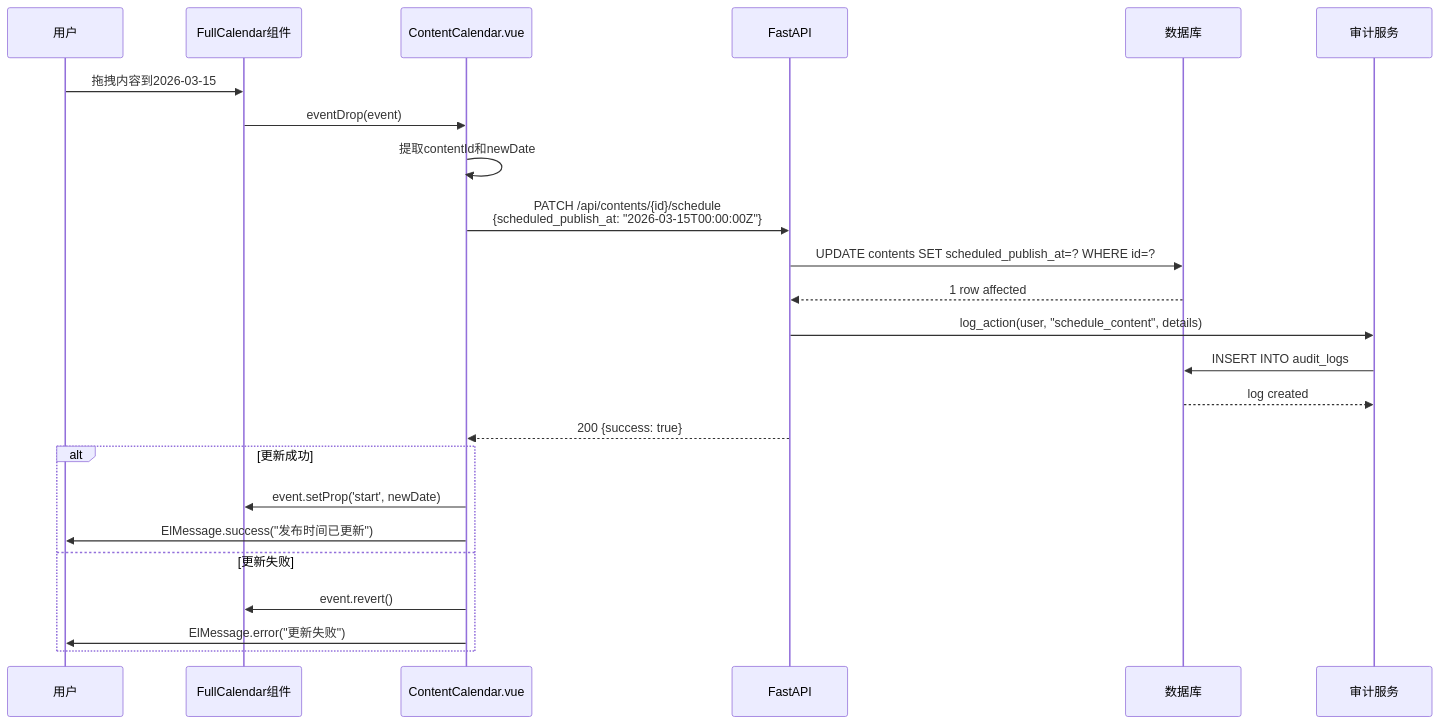
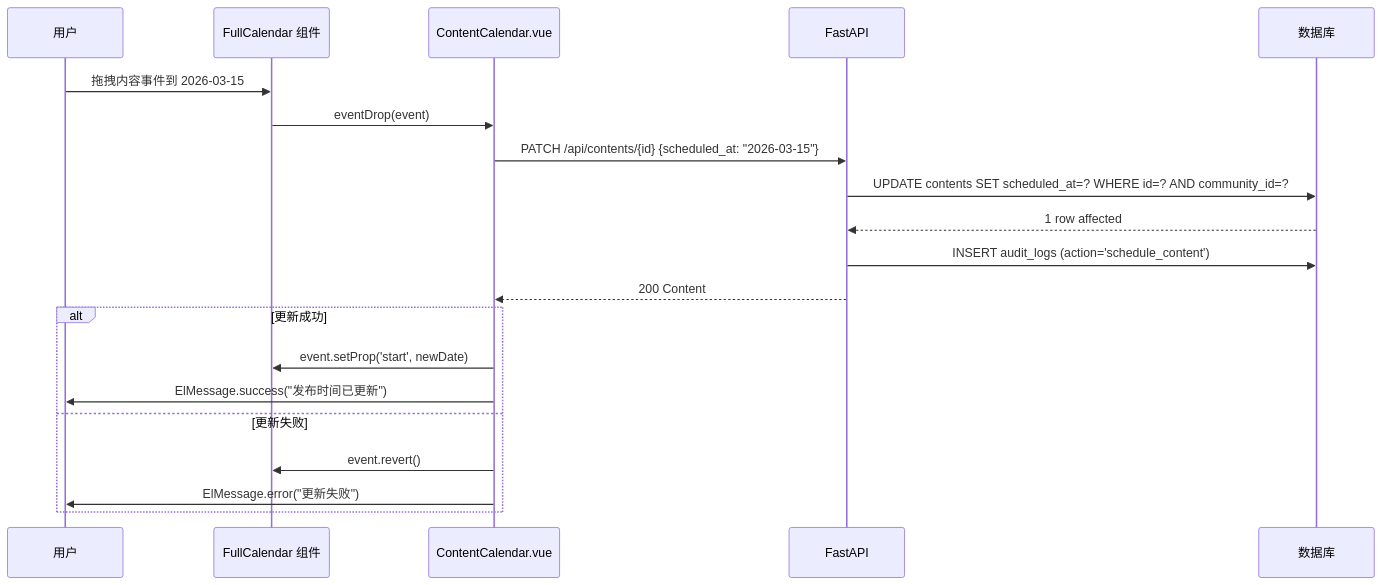
The eighth of 17 diagrams in docs/uml/01-类图与时序图.md (ZhengZhenyu/omnicontent), drawn with Mermaid before and after one commit. The commit also changed other lines of this file and 15 other files, not shown here.

````diff
--- a/docs/uml/01-类图与时序图.md
+++ b/docs/uml/01-类图与时序图.md
@@ -349,32 +454,25 @@
 ```mermaid
 sequenceDiagram
     participant User as 用户
-    participant Calendar as FullCalendar组件
+    participant Calendar as FullCalendar 组件
     participant Frontend as ContentCalendar.vue
     participant API as FastAPI
     participant DB as 数据库
-    participant AuditService as 审计服务
 
-    User->>Calendar: 拖拽内容到2026-03-15
+    User->>Calendar: 拖拽内容事件到 2026-03-15
     Calendar->>Frontend: eventDrop(event)
+    Frontend->>API: PATCH /api/contents/{id}  {scheduled_at: "2026-03-15"}
 
-    Frontend->>Frontend: 提取contentId和newDate
-    Frontend->>API: PATCH /api/contents/{id}/schedule<br/>{scheduled_publish_at: "2026-03-15T00:00:00Z"}
-
-    API->>DB: UPDATE contents SET scheduled_publish_at=? WHERE id=?
+    API->>DB: UPDATE contents SET scheduled_at=? WHERE id=? AND community_id=?
     DB-->>API: 1 row affected
-
-    API->>AuditService: log_action(user, "schedule_content", details)
-    AuditService->>DB: INSERT INTO audit_logs
-    DB-->>AuditService: log created
-
-    API-->>Frontend: 200 {success: true}
+    API->>DB: INSERT audit_logs (action='schedule_content')
+    API-->>Frontend: 200 Content
 
     alt 更新成功
         Frontend->>Calendar: event.setProp('start', newDate)
         Frontend->>User: ElMessage.success("发布时间已更新")
     else 更新失败
         Frontend->>Calendar: event.revert()
         Frontend->>User: ElMessage.error("更新失败")
     end
 ```
````
